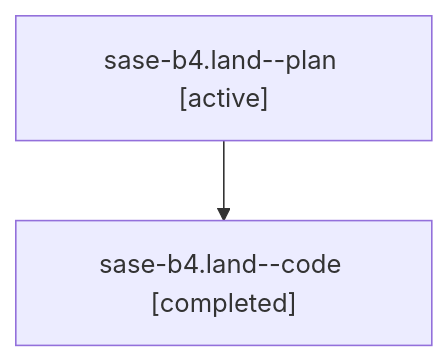
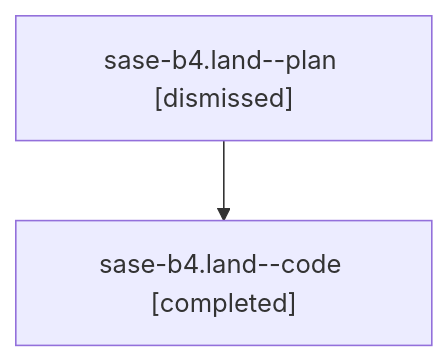
Before and after one commit to sase-org/sase--agents: the diagram in sessions/bbugyi200.athena.sase-b4.land.md, drawn with Mermaid. The commit also changed other lines of this file and 118 other files, not shown here.

````diff
--- a/sessions/bbugyi200.athena.sase-b4.land.md
+++ b/sessions/bbugyi200.athena.sase-b4.land.md
@@ -9,6 +9,6 @@
 ```mermaid
 flowchart TD
-  n0["sase-b4.land--plan [active]"]
+  n0["sase-b4.land--plan [dismissed]"]
   n1["sase-b4.land--code [completed]"]
   n0 --> n1
 ```
````
